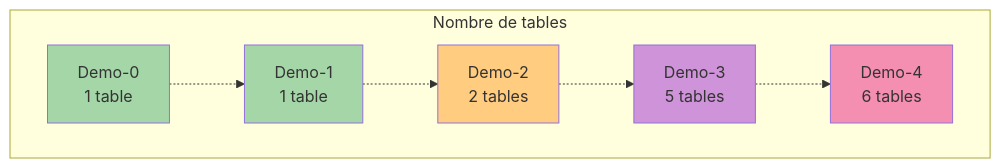
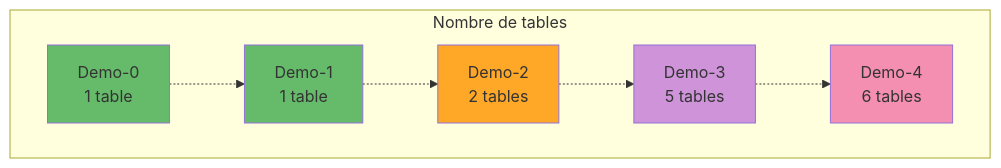
Before and after one commit to inskillflow/auths-1-NEXTJS-introduction: diagram 26 of 39 in 02-DIAGRAMMES_ARCHITECTURES.md, drawn with Mermaid. The commit also changed other lines of this file, not shown here.

````diff
--- a/02-DIAGRAMMES_ARCHITECTURES.md
+++ b/02-DIAGRAMMES_ARCHITECTURES.md
@@ -888,21 +888,21 @@
 ```mermaid
 graph TB
     subgraph "Nombre de tables"
         T0["Demo-0<br/>1 table"]
         T1["Demo-1<br/>1 table"]
         T2["Demo-2<br/>2 tables"]
         T3["Demo-3<br/>5 tables"]
         T4["Demo-4<br/>6 tables"]
     end
     
     T0 -.-> T1
     T1 -.-> T2
     T2 -.-> T3
     T3 -.-> T4
     
-    style T0 fill:#a5d6a7
-    style T1 fill:#a5d6a7
-    style T2 fill:#ffcc80
+    style T0 fill:#66bb6a
+    style T1 fill:#66bb6a
+    style T2 fill:#ffa726
     style T3 fill:#ce93d8
     style T4 fill:#f48fb1
 ```
````
